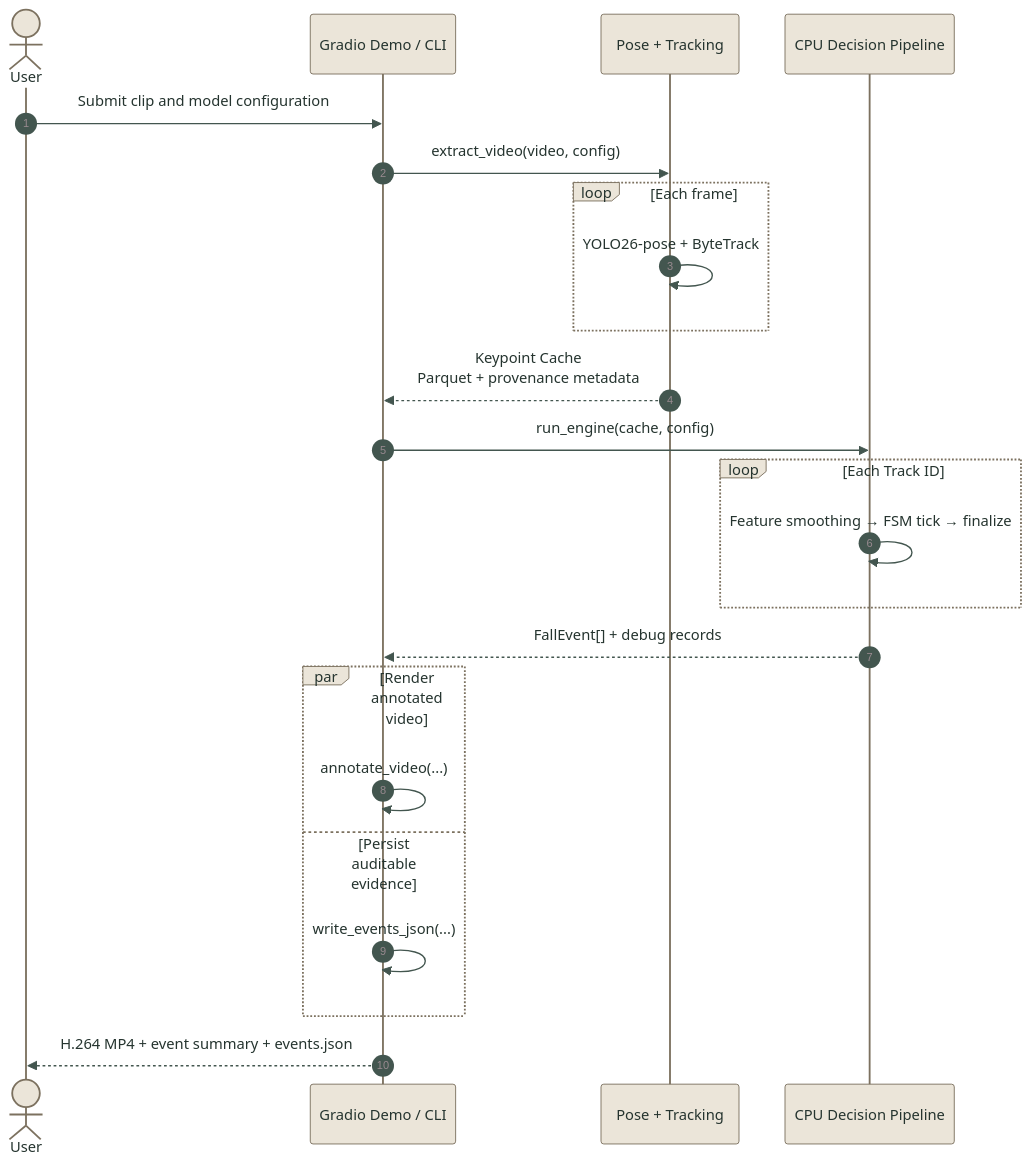
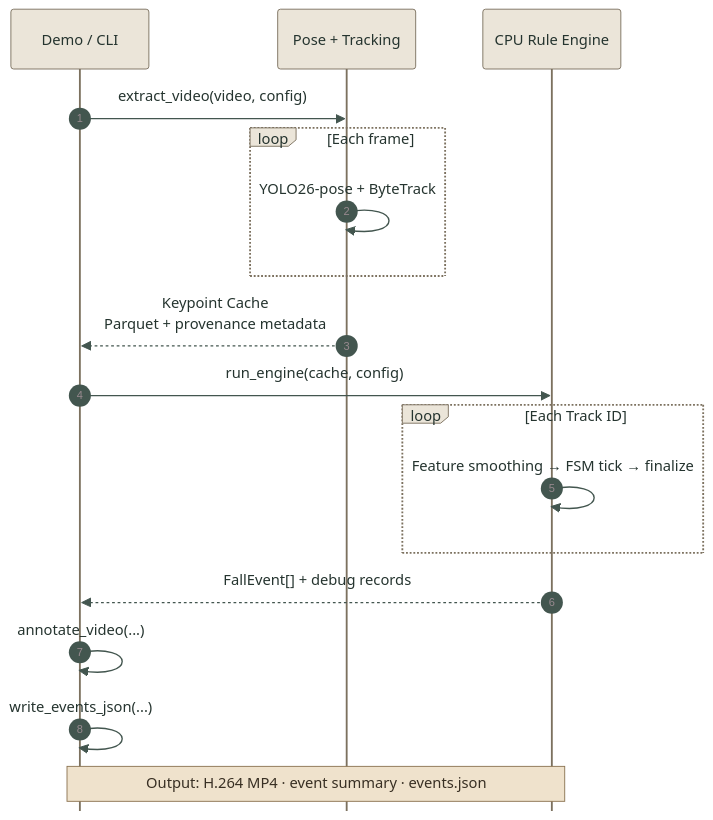
One commit to kuotunyu/fall-detection-pose changed the second of 3 diagrams in README.en.md. Above: the diagram before and after it, drawn with Mermaid. The commit also changed other lines of this file and 1 other file, not shown here.

Commit message:
docs: improve Mermaid diagram readability

````diff
--- a/README.en.md
+++ b/README.en.md
@@ -185,27 +185,22 @@
 ```mermaid
-%%{init: {'theme': 'base', 'themeVariables': {'fontSize': '17px', 'fontFamily': 'Arial, sans-serif', 'primaryColor': '#DDE8E2', 'primaryTextColor': '#20352D', 'primaryBorderColor': '#587066', 'lineColor': '#66756F', 'actorBkg': '#EBE5D9', 'actorBorder': '#7C715F', 'actorTextColor': '#25342F', 'signalColor': '#43564F', 'signalTextColor': '#25342F', 'noteBkgColor': '#EFE2CC', 'noteBorderColor': '#8C7452', 'noteTextColor': '#382F23'}}}%%
+%%{init: {'theme': 'base', 'sequence': {'diagramMarginX': 12, 'actorMargin': 28, 'width': 150, 'messageMargin': 30, 'noteMargin': 8, 'mirrorActors': false}, 'themeVariables': {'fontSize': '19px', 'fontFamily': 'Arial, sans-serif', 'primaryColor': '#DDE8E2', 'primaryTextColor': '#20352D', 'primaryBorderColor': '#587066', 'lineColor': '#66756F', 'actorBkg': '#EBE5D9', 'actorBorder': '#7C715F', 'actorTextColor': '#25342F', 'signalColor': '#43564F', 'signalTextColor': '#25342F', 'noteBkgColor': '#EFE2CC', 'noteBorderColor': '#8C7452', 'noteTextColor': '#382F23'}}}%%
 sequenceDiagram
     autonumber
-    actor User
-    participant Pipeline as Gradio Demo / CLI
+    participant Pipeline as Demo / CLI
     participant GPU as Pose + Tracking
-    participant CPU as CPU Decision Pipeline
+    participant CPU as CPU Rule Engine
 
-    User->>Pipeline: Submit clip and model configuration
     Pipeline->>GPU: extract_video(video, config)
     loop Each frame
         GPU->>GPU: YOLO26-pose + ByteTrack
     end
     GPU-->>Pipeline: Keypoint Cache<br/>Parquet + provenance metadata
     Pipeline->>CPU: run_engine(cache, config)
     loop Each Track ID
         CPU->>CPU: Feature smoothing → FSM tick → finalize
     end
     CPU-->>Pipeline: FallEvent[] + debug records
-    par Render annotated video
-        Pipeline->>Pipeline: annotate_video(...)
-    and Persist auditable evidence
-        Pipeline->>Pipeline: write_events_json(...)
-    end
-    Pipeline-->>User: H.264 MP4 + event summary + events.json
+    Pipeline->>Pipeline: annotate_video(...)
+    Pipeline->>Pipeline: write_events_json(...)
+    Note over Pipeline,CPU: Output: H.264 MP4 · event summary · events.json
 ```
````
